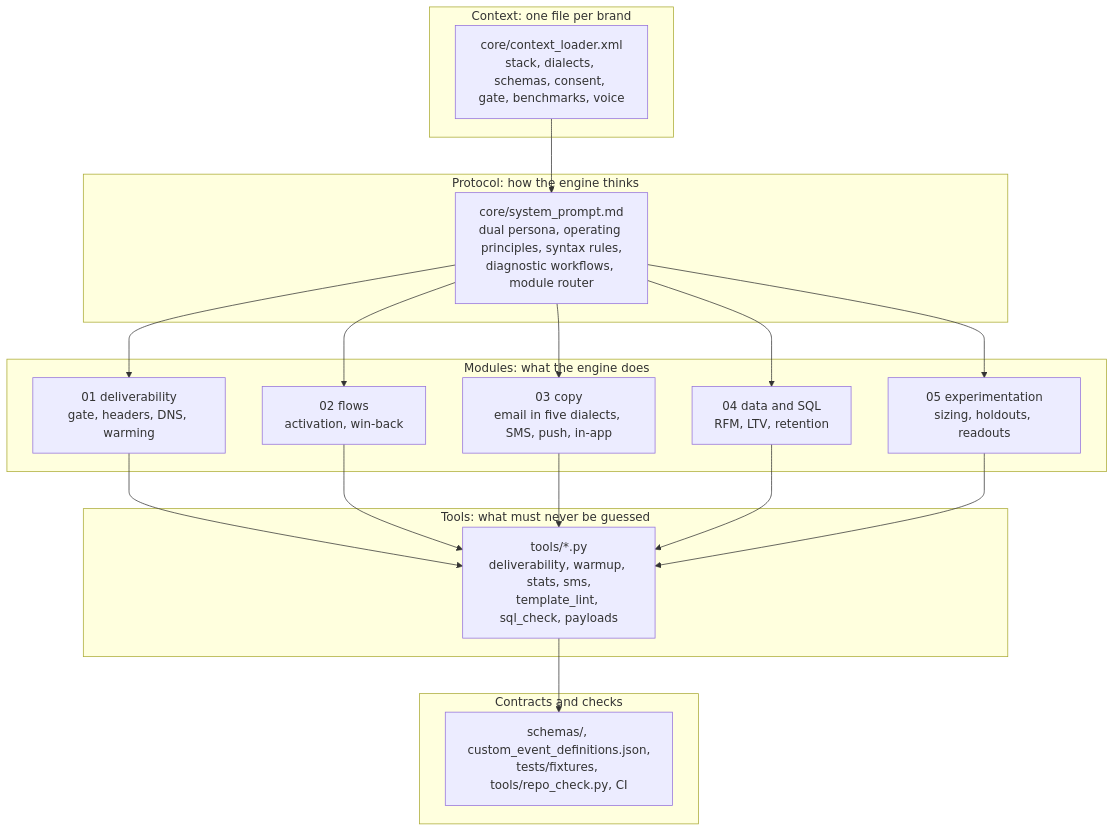
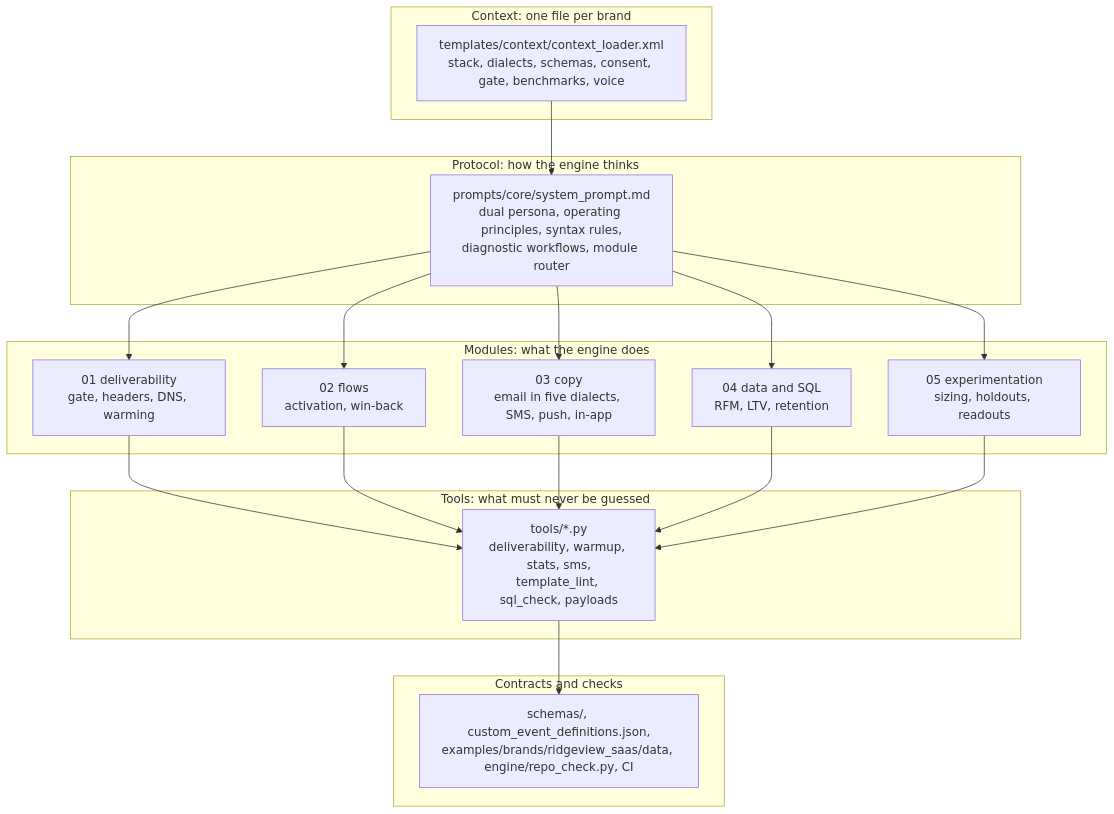
One commit to kyle-olmstead/lifecycle-marketing-claude-engine changed the first of 2 diagrams in docs/ARCHITECTURE.md. Above: the diagram before and after it, drawn with Mermaid. The commit also changed other lines of this file and 253 other files, not shown here.

First line of the commit message:
v3 layout: engine/, adapters/, prompts/, templates/, demo workspace

````diff
--- a/docs/ARCHITECTURE.md
+++ b/docs/ARCHITECTURE.md
@@ -12,25 +12,25 @@
 ```mermaid
 flowchart TB
     subgraph L1["Context: one file per brand"]
-        CTX["core/context_loader.xml<br/>stack, dialects, schemas, consent, gate, benchmarks, voice"]
+        CTX["templates/context/context_loader.xml<br/>stack, dialects, schemas, consent, gate, benchmarks, voice"]
     end
     subgraph L2["Protocol: how the engine thinks"]
-        SYS["core/system_prompt.md<br/>dual persona, operating principles, syntax rules,<br/>diagnostic workflows, module router"]
+        SYS["prompts/core/system_prompt.md<br/>dual persona, operating principles, syntax rules,<br/>diagnostic workflows, module router"]
     end
     subgraph L3["Modules: what the engine does"]
         M1["01 deliverability<br/>gate, headers, DNS, warming"]
         M2["02 flows<br/>activation, win-back"]
         M3["03 copy<br/>email in five dialects, SMS, push, in-app"]
         M4["04 data and SQL<br/>RFM, LTV, retention"]
         M5["05 experimentation<br/>sizing, holdouts, readouts"]
     end
     subgraph L4["Tools: what must never be guessed"]
         T["tools/*.py<br/>deliverability, warmup, stats, sms,<br/>template_lint, sql_check, payloads"]
     end
     subgraph L5["Contracts and checks"]
-        S["schemas/, custom_event_definitions.json,<br/>tests/fixtures, tools/repo_check.py, CI"]
+        S["schemas/, custom_event_definitions.json,<br/>examples/brands/ridgeview_saas/data, engine/repo_check.py, CI"]
     end
     CTX --> SYS --> M1 & M2 & M3 & M4 & M5
     M1 & M2 & M3 & M4 & M5 --> T
     T --> S
 ```
````
